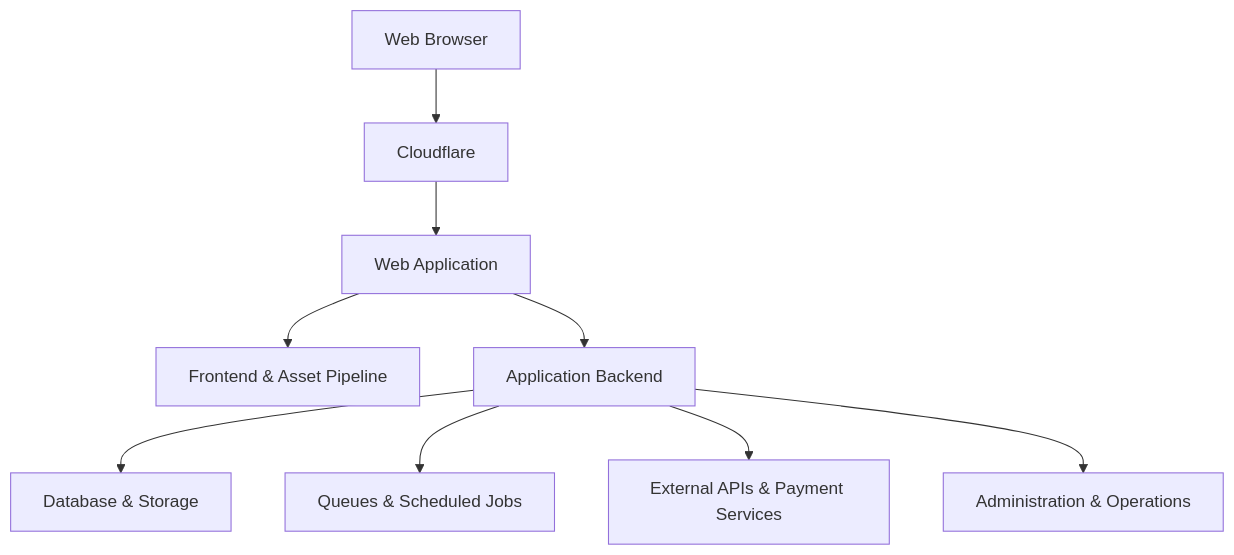
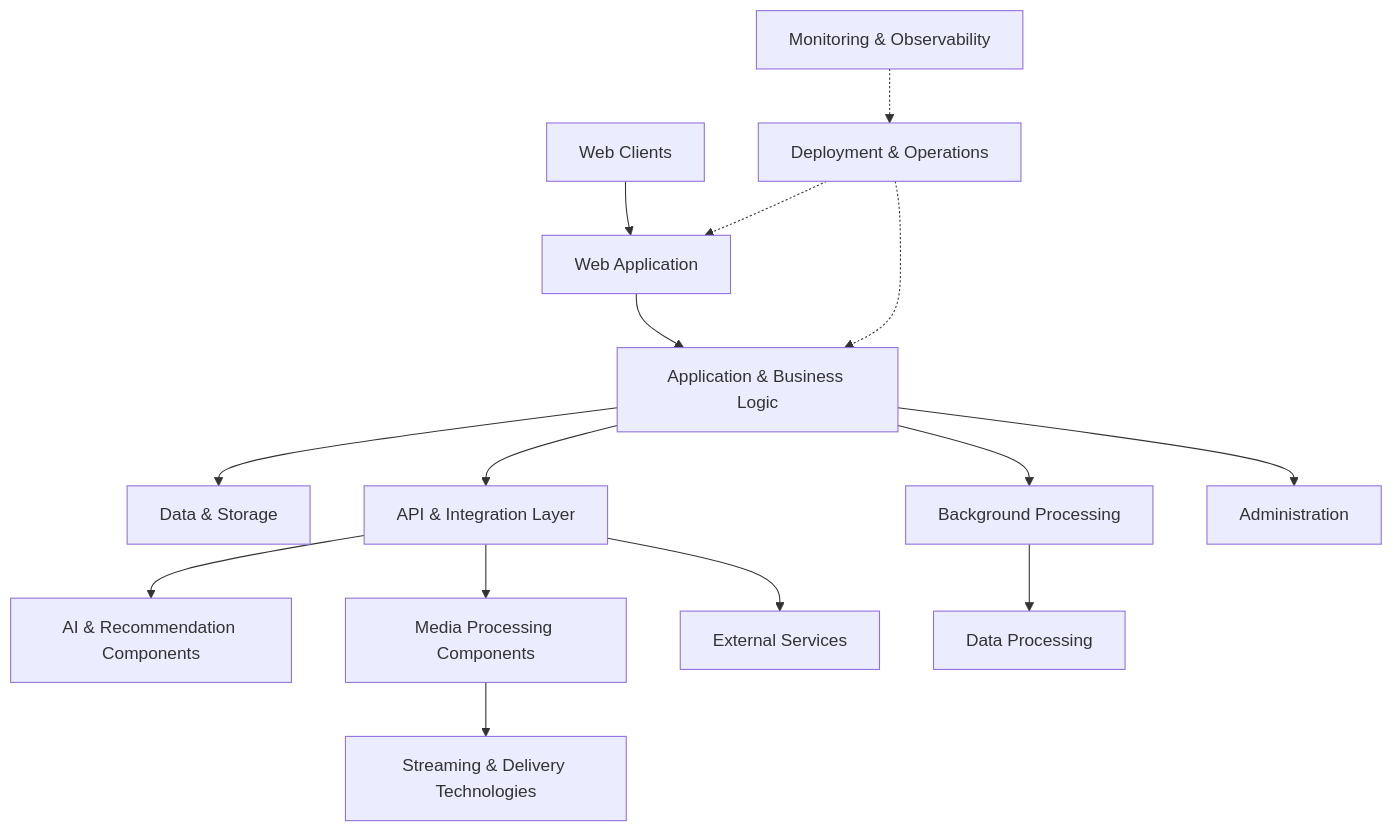
One commit to ARIA-ZEUS/RocoShop-Showcase changed the diagram in README.md. Above: the diagram before and after it, drawn with Mermaid. The commit also changed other lines of this file, not shown here.

````diff
--- a/README.md
+++ b/README.md
@@ -73,11 +235,22 @@
 ```mermaid
 flowchart TB
-    A["Web Browser"] --> B["Cloudflare"]
-    B --> C["Web Application"]
-    C --> D["Frontend & Asset Pipeline"]
-    C --> E["Application Backend"]
-    E --> F["Database & Storage"]
-    E --> G["Queues & Scheduled Jobs"]
-    E --> H["External APIs & Payment Services"]
-    E --> I["Administration & Operations"]
+    U["Web Clients"] --> W["Web Application"]
+    W --> A["Application & Business Logic"]
+
+    A --> DB["Data & Storage"]
+    A --> API["API & Integration Layer"]
+    A --> JOB["Background Processing"]
+
+    API --> ML["AI & Recommendation Components"]
+    API --> MEDIA["Media Processing Components"]
+    API --> EXT["External Services"]
+
+    JOB --> DATA["Data Processing"]
+    MEDIA --> STREAM["Streaming & Delivery Technologies"]
+
+    A --> ADMIN["Administration"]
+
+    OPS["Deployment & Operations"] -.-> W
+    OPS -.-> A
+    MON["Monitoring & Observability"] -.-> OPS
 ```
````
